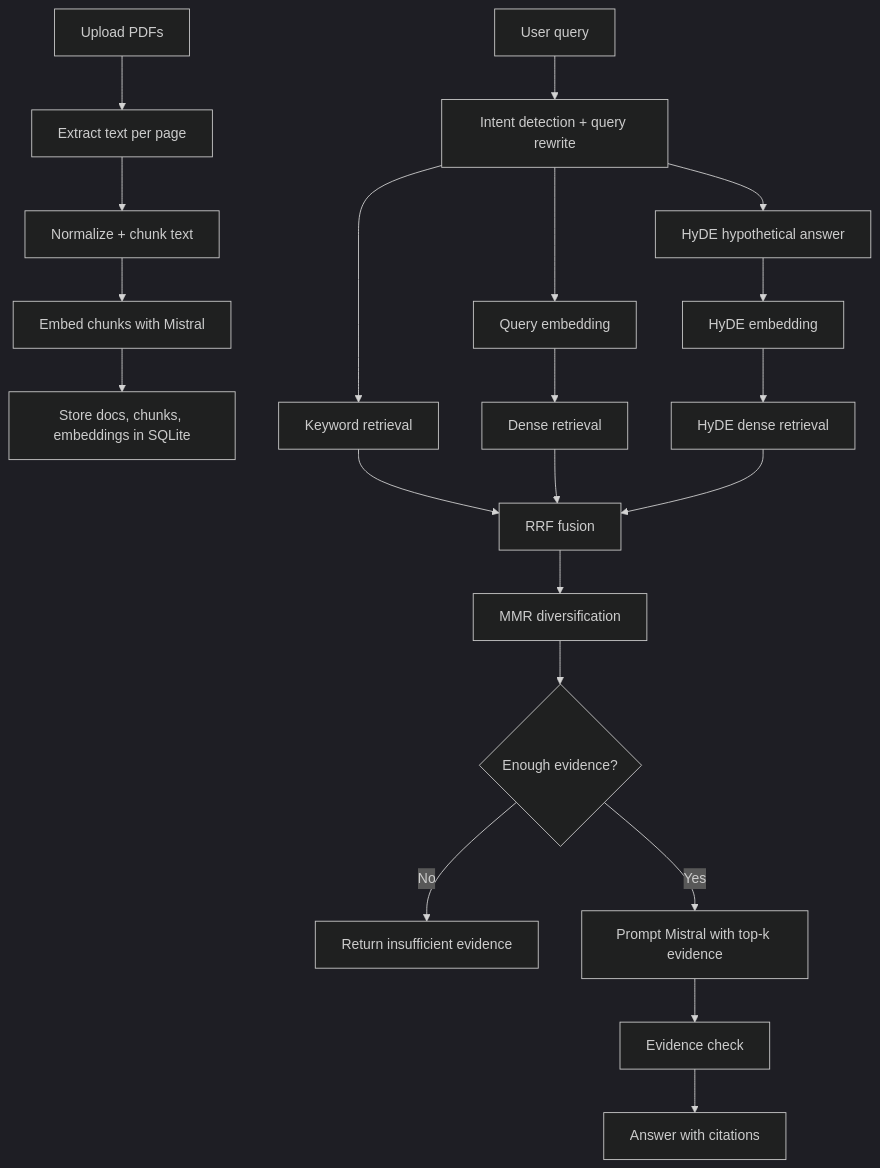
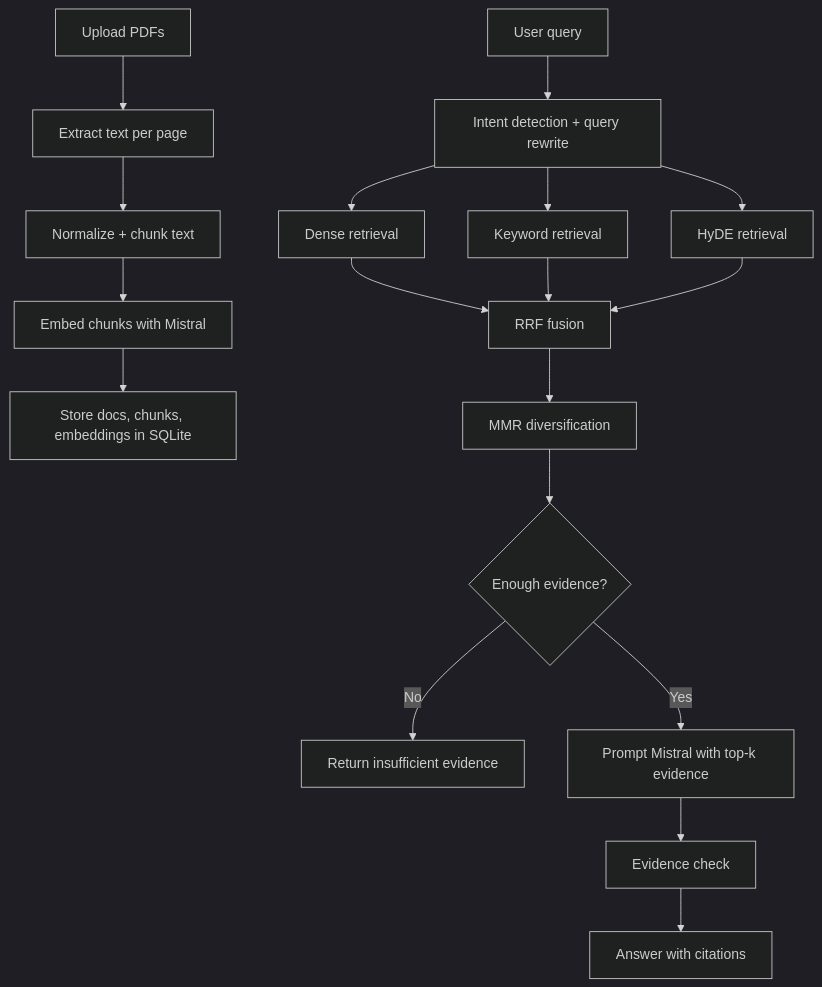
The diagram in README.md (hanna0601/fp-rag), drawn with Mermaid (dark theme) before and after one commit. The commit also changed other lines of this file and 3 other files, not shown here.

````diff
--- a/README.md
+++ b/README.md
@@ -24,23 +38,20 @@
 ```mermaid
 flowchart TD
     A["Upload PDFs"] --> B["Extract text per page"]
     B --> C["Normalize + chunk text"]
     C --> D["Embed chunks with Mistral"]
     D --> E["Store docs, chunks, embeddings in SQLite"]
     F["User query"] --> G["Intent detection + query rewrite"]
-    G --> H["Query embedding"]
+    G --> H["Dense retrieval"]
     G --> I["Keyword retrieval"]
-    G --> J["HyDE hypothetical answer"]
-    J --> K["HyDE embedding"]
-    H --> L["Dense retrieval"]
-    K --> M["HyDE dense retrieval"]
-    I --> N["RRF fusion"]
-    L --> N
-    M --> N
-    N --> O["MMR diversification"]
-    O --> P{"Enough evidence?"}
-    P -- "No" --> Q["Return insufficient evidence"]
-    P -- "Yes" --> R["Prompt Mistral with top-k evidence"]
-    R --> S["Evidence check"]
-    S --> T["Answer with citations"]
+    G --> J["HyDE retrieval"]
+    H --> K["RRF fusion"]
+    I --> K
+    J --> K
+    K --> L["MMR diversification"]
+    L --> M{"Enough evidence?"}
+    M -- "No" --> N["Return insufficient evidence"]
+    M -- "Yes" --> O["Prompt Mistral with top-k evidence"]
+    O --> P["Evidence check"]
+    P --> Q["Answer with citations"]
 ```
````
